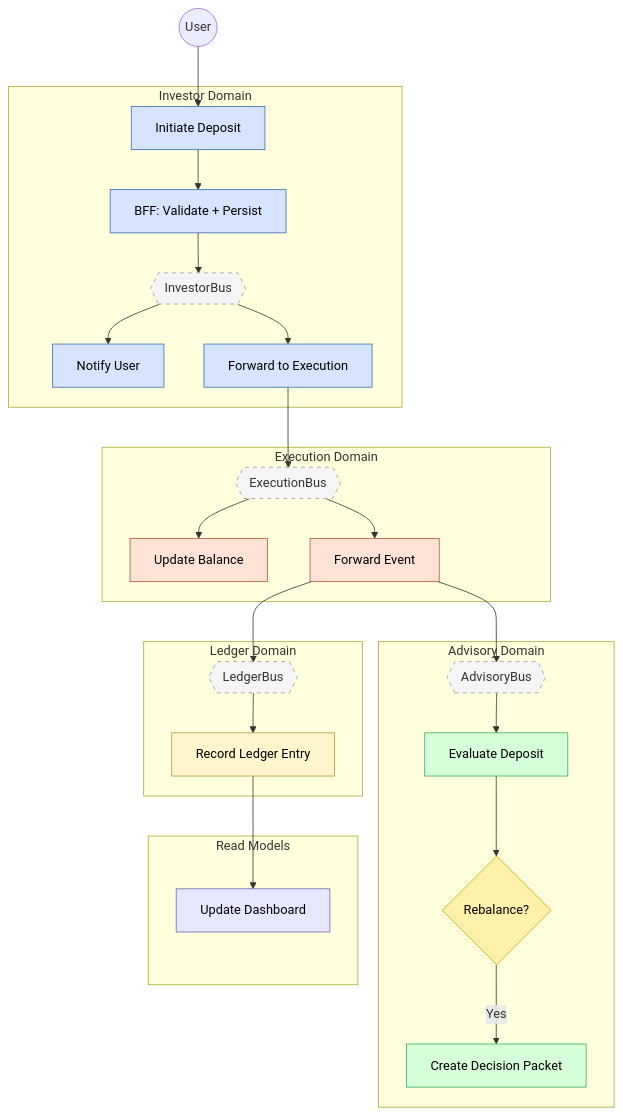
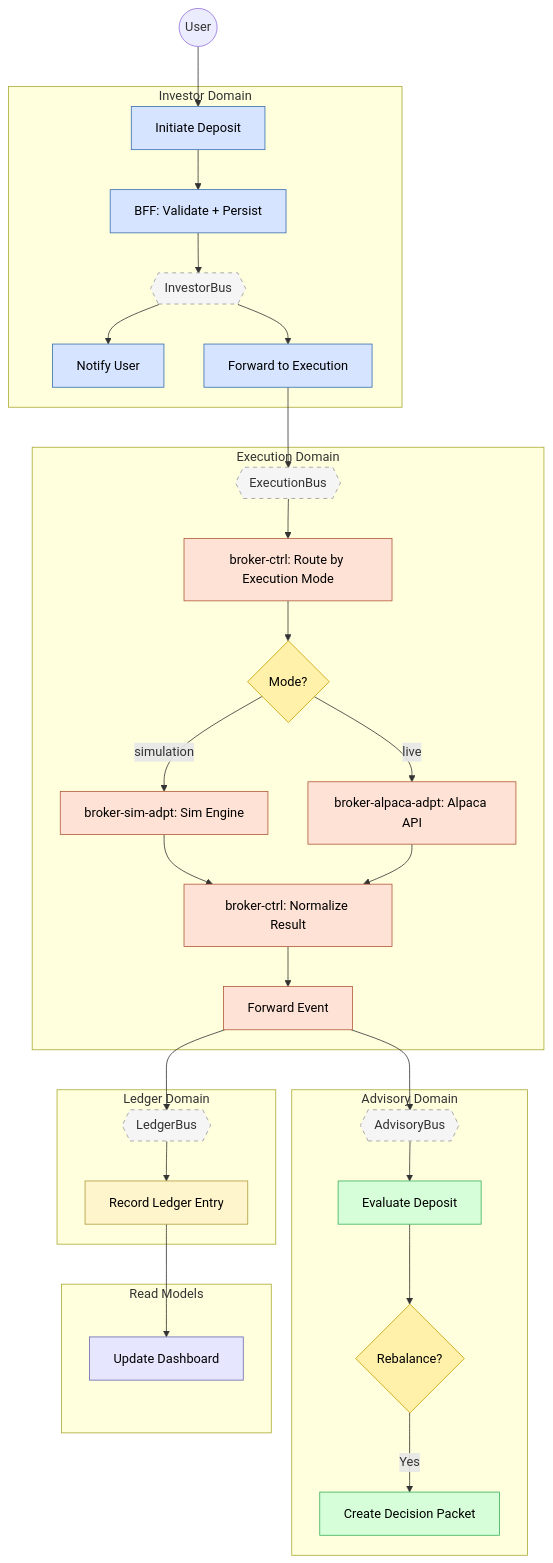
Before and after one commit to fabio-vitali/nestfolio: the diagram in docs/data-flows/02-deposit.md, drawn with Mermaid. The commit also changed other lines of this file and 5 other files, not shown here.

First line of the commit message:
docs: update data-flow docs for real money operations

````diff
--- a/docs/data-flows/02-deposit.md
+++ b/docs/data-flows/02-deposit.md
@@ -11,63 +11,77 @@
 ```mermaid
 flowchart TB
     subgraph subGraph0["Investor Domain"]
         A1["Initiate Deposit"]
         A2["BFF: Validate + Persist"]
         IB{{"InvestorBus"}}
         A3["Notify User"]
         A4["Forward to Execution"]
     end
     subgraph subGraph1["Execution Domain"]
         EB{{"ExecutionBus"}}
-        B1["Update Balance"]
+        R1["broker-ctrl: Route by Execution Mode"]
+        R2{"Mode?"}
+        SIM["broker-sim-adpt: Sim Engine"]
+        LIVE["broker-alpaca-adpt: Alpaca API"]
+        NORM["broker-ctrl: Normalize Result"]
         B2["Forward Event"]
     end
     subgraph subGraph2["Advisory Domain"]
         AB{{"AdvisoryBus"}}
         C1["Evaluate Deposit"]
         C2{"Rebalance?"}
         C3["Create Decision Packet"]
     end
     subgraph subGraph3["Ledger Domain"]
         LB{{"LedgerBus"}}
         D1["Record Ledger Entry"]
     end
     subgraph subGraph4["Read Models"]
         E1["Update Dashboard"]
     end
     U(("User")) --> A1
     A1 --> A2
     A2 --> IB
     IB --> A3 & A4
     A4 --> EB
-    EB --> B1 & B2
+    EB --> R1
+    R1 --> R2
+    R2 -- "simulation" --> SIM
+    R2 -- "live" --> LIVE
+    SIM --> NORM
+    LIVE --> NORM
+    NORM --> B2
     B2 --> AB & LB
     AB --> C1
     C1 --> C2
     C2 -- Yes --> C3
     LB --> D1
     D1 --> E1
 
     A1:::investor
     A2:::investor
     IB:::bus
     A3:::investor
     A4:::investor
     EB:::bus
-    B1:::execution
+    R1:::execution
+    R2:::decision
+    SIM:::execution
+    LIVE:::execution
+    NORM:::execution
     B2:::execution
     AB:::bus
     C1:::advisory
     C2:::decision
     C3:::advisory
     LB:::bus
     D1:::ledger
     E1:::read
     classDef investor fill:#D6E4FF,stroke:#3A6FB0,color:#000
     classDef execution fill:#FFE2D6,stroke:#B05A3A,color:#000
     classDef advisory fill:#D6FFD9,stroke:#3AB05A,color:#000
     classDef ledger fill:#FFF5CC,stroke:#B09A3A,color:#000
     classDef read fill:#E6E6FF,stroke:#6A6AB0,color:#000
     classDef bus fill:#F5F5F5,stroke:#999,stroke-dasharray:5 5
     classDef decision fill:#FFF0AA,stroke:#C9A000,color:#000
 ```
````
